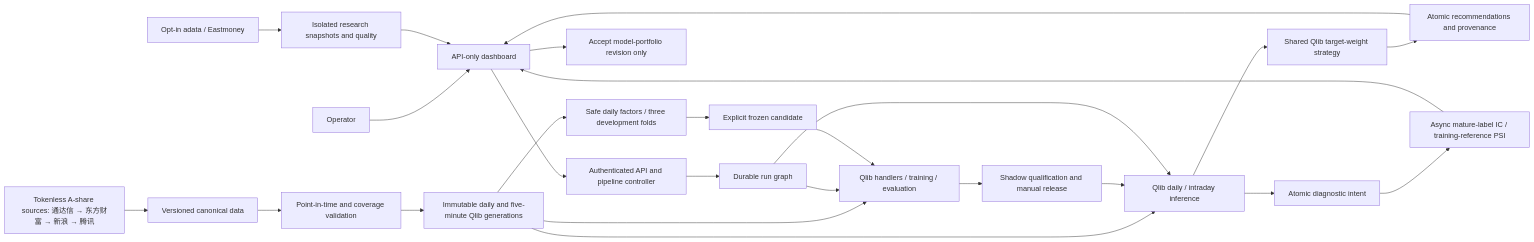
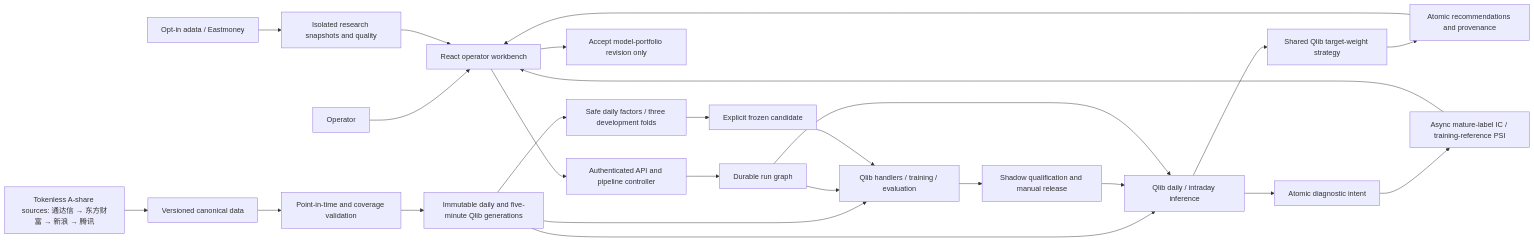
Before and after one commit to youtaya/quap: the diagram in docs/系统框架.md, drawn with Mermaid. The commit also changed other lines of this file and 27 other files, not shown here.

````diff
--- a/docs/系统框架.md
+++ b/docs/系统框架.md
@@ -11,27 +11,27 @@
 ```mermaid
 flowchart LR
-  operator[Operator] --> dashboard[API-only dashboard]
-  dashboard --> api[Authenticated API and pipeline controller]
+  operator[Operator] --> workbench[React operator workbench]
+  workbench --> api[Authenticated API and pipeline controller]
   api --> runs[Durable run graph]
   source[Tokenless A-share sources: 通达信 → 东方财富 → 新浪 → 腾讯] --> raw[Versioned canonical data]
   raw --> quality[Point-in-time and coverage validation]
   quality --> data[Immutable daily and five-minute Qlib generations]
   data --> train[Qlib handlers / training / evaluation]
   train --> release[Shadow qualification and manual release]
   data --> infer[Qlib daily / intraday inference]
   release --> infer
   infer --> strategy[Shared Qlib target-weight strategy]
   strategy --> reports[Atomic recommendations and provenance]
-  reports --> dashboard
-  dashboard --> accept[Accept model-portfolio revision only]
+  reports --> workbench
+  workbench --> accept[Accept model-portfolio revision only]
   runs --> train
   runs --> infer
   supplement[Opt-in adata / Eastmoney] --> quarantine[Isolated research snapshots and quality]
-  quarantine --> dashboard
+  quarantine --> workbench
   data --> experiments[Safe daily factors / three development folds]
   experiments --> freeze[Explicit frozen candidate]
   freeze --> train
   infer --> intent[Atomic diagnostic intent]
   intent --> diagnostics[Async mature-label IC / training-reference PSI]
-  diagnostics --> dashboard
+  diagnostics --> workbench
 ```
````
